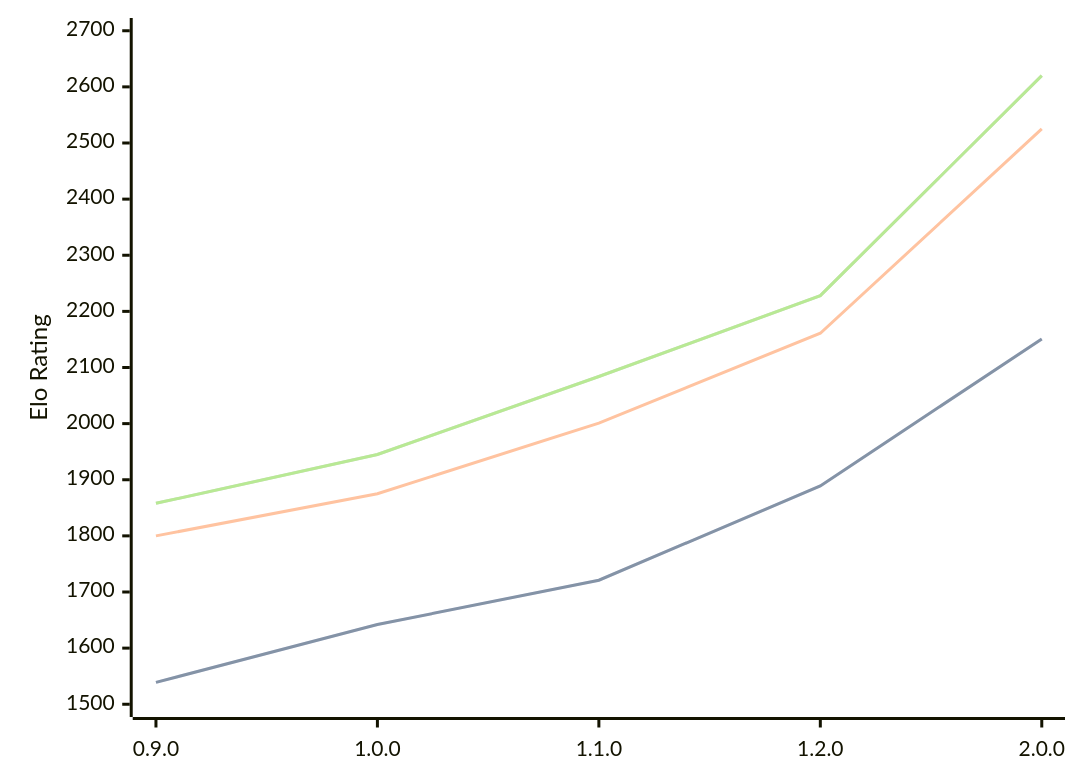
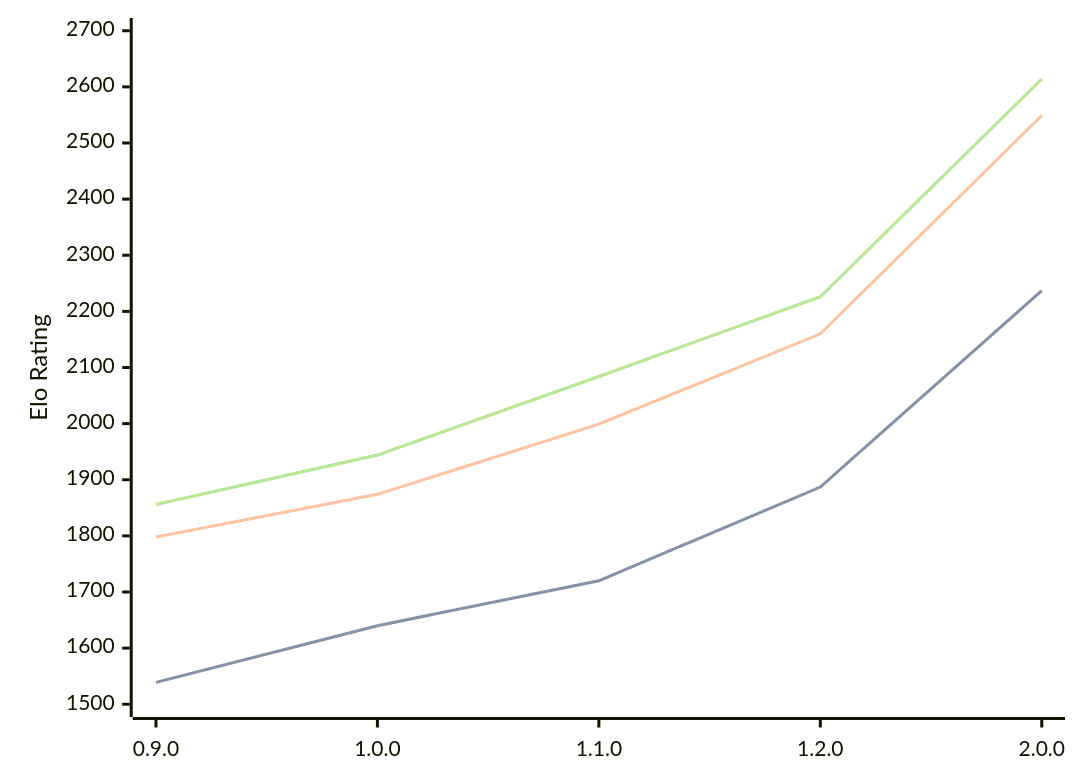
The first of 3 diagrams in engines/Ratsu.md (computer-chess-index/cci), drawn with Mermaid before and after one commit. The commit also changed other lines of this file, not shown here.

Commit message:
Update CCI Ratings (ELO VLTC) - 2026-06-26

````diff
--- a/engines/Ratsu.md
+++ b/engines/Ratsu.md
@@ -35,11 +35,11 @@
 ```mermaid
 %%{init: {"theme":"base","themeVariables":{"seriesColors:['#a3a3a3','#222221','#faa371']}}}%%
 xychart-beta
   x-axis ["0.9.0", "1.0.0", "1.1.0", "1.2.0", "2.0.0"]
   y-axis "Elo Rating" 1500 --> 2700
-  line "STC (8.0+0.08s)" [1539, 1642, 1721, 1889, 2151]
-  line "STC (8.0+0.08s)" [1539, 1642, 1721, 1889, 2151]
-  line "LTC (60.0+0.60s)" [1800, 1875, 2001, 2161, 2525]
-  line "VLTC (2m24s+1.12s)" [1858, 1945, 2084, 2228, 2620]
-  line "VLTC (2m24s+1.12s)" [1858, 1945, 2084, 2228, 2620]
+  line "STC (8.0+0.08s)" [1539, 1640, 1720, 1887, 2237]
+  line "STC (8.0+0.08s)" [1539, 1640, 1720, 1887, 2237]
+  line "LTC (60.0+0.60s)" [1798, 1874, 1999, 2160, 2549]
+  line "VLTC (2m24s+1.12s)" [1856, 1944, 2084, 2226, 2614]
+  line "VLTC (2m24s+1.12s)" [1856, 1944, 2084, 2226, 2614]
 ```
````
